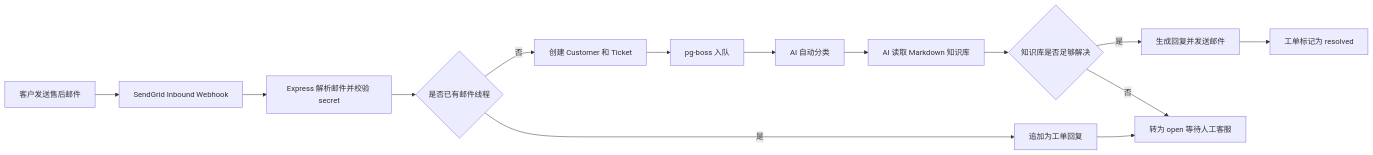
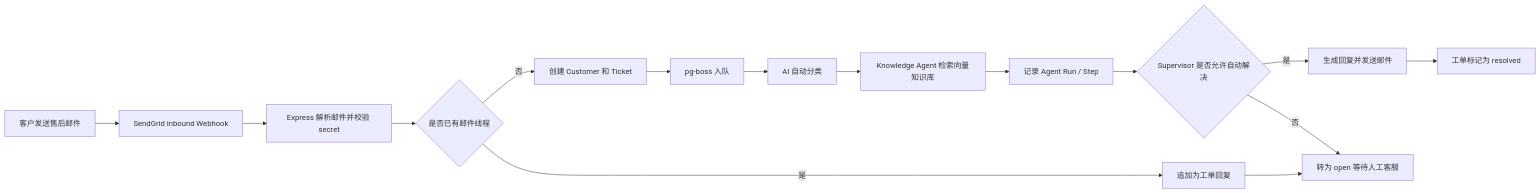
The diagram in README.md (27241040-max/helpdesk), drawn with Mermaid before and after one commit. The commit also changed other lines of this file and 1 other file, not shown here.

Commit message:
Update README with agent helpdesk screenshot

````diff
--- a/README.md
+++ b/README.md
@@ -18,16 +26,17 @@
 ```mermaid
 flowchart LR
   A["客户发送售后邮件"] --> B["SendGrid Inbound Webhook"]
   B --> C["Express 解析邮件并校验 secret"]
   C --> D{"是否已有邮件线程"}
   D -->|"是"| E["追加为工单回复"]
   D -->|"否"| F["创建 Customer 和 Ticket"]
   F --> G["pg-boss 入队"]
   G --> H["AI 自动分类"]
-  H --> I["AI 读取 Markdown 知识库"]
-  I --> J{"知识库是否足够解决"}
+  H --> I["Knowledge Agent 检索向量知识库"]
+  I --> N["记录 Agent Run / Step"]
+  N --> J{"Supervisor 是否允许自动解决"}
   J -->|"是"| K["生成回复并发送邮件"]
   K --> L["工单标记为 resolved"]
   J -->|"否"| M["转为 open 等待人工客服"]
   E --> M
 ```
````
